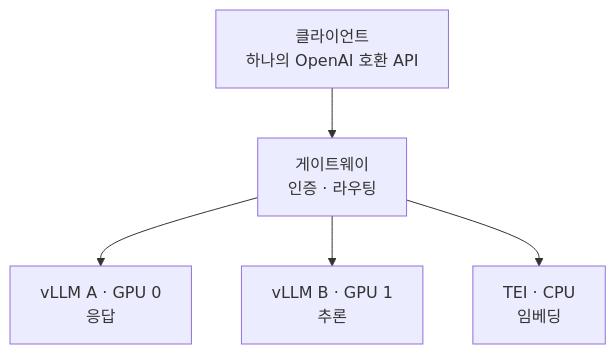
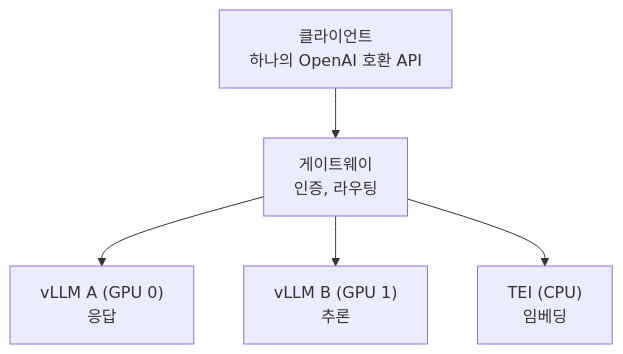
One commit to kukjun/blog changed the third of 3 diagrams in src/content/blog/ko/ollama-to-vllm.md. Above: the diagram before and after it, drawn with Mermaid. The commit also changed other lines of this file and 10 other files, not shown here.

````diff
--- a/src/content/blog/ko/ollama-to-vllm.md
+++ b/src/content/blog/ko/ollama-to-vllm.md
@@ -204,7 +192,7 @@
 ```mermaid
 flowchart TD
-  C["클라이언트<br/>하나의 OpenAI 호환 API"] --> GW["게이트웨이<br/>인증 · 라우팅"]
-  GW --> A["vLLM A · GPU 0<br/>응답"]
-  GW --> B["vLLM B · GPU 1<br/>추론"]
-  GW --> E["TEI · CPU<br/>임베딩"]
+  C["클라이언트<br/>하나의 OpenAI 호환 API"] --> GW["게이트웨이<br/>인증, 라우팅"]
+  GW --> A["vLLM A (GPU 0)<br/>응답"]
+  GW --> B["vLLM B (GPU 1)<br/>추론"]
+  GW --> E["TEI (CPU)<br/>임베딩"]
 ```
````
